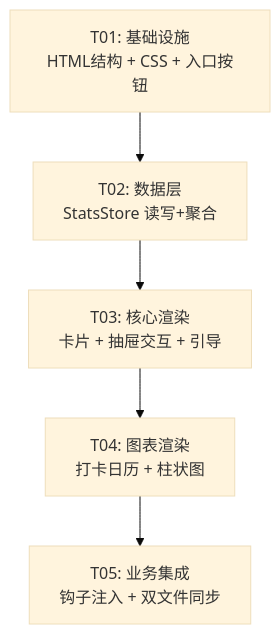
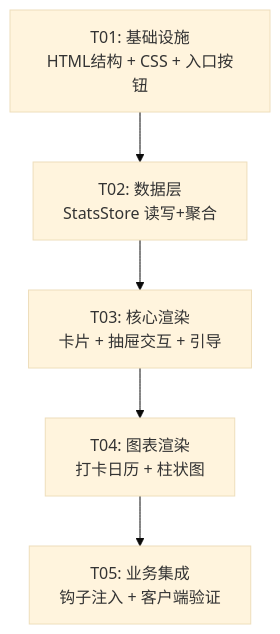
The fifth of 5 diagrams in docs/system_design.md (zcycharls/naonao), drawn with Mermaid (base theme) before and after one commit. The commit also changed other lines of this file and 14 other files, not shown here.

````diff
--- a/docs/system_design.md
+++ b/docs/system_design.md
@@ -514,13 +468,13 @@
 ```mermaid
 graph TD
     T01["T01: 基础设施<br/>HTML结构 + CSS + 入口按钮"]
     T02["T02: 数据层<br/>StatsStore 读写+聚合"]
     T03["T03: 核心渲染<br/>卡片 + 抽屉交互 + 引导"]
     T04["T04: 图表渲染<br/>打卡日历 + 柱状图"]
-    T05["T05: 业务集成<br/>钩子注入 + 双文件同步"]
+    T05["T05: 业务集成<br/>钩子注入 + 客户端验证"]
 
     T01 --> T02
     T02 --> T03
     T03 --> T04
     T04 --> T05
 ```
````
